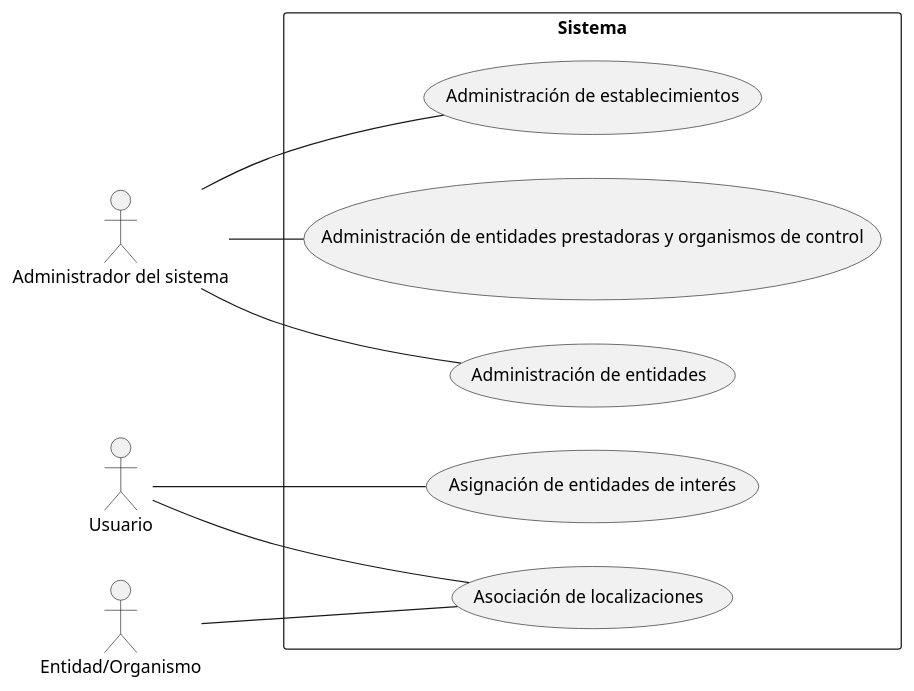
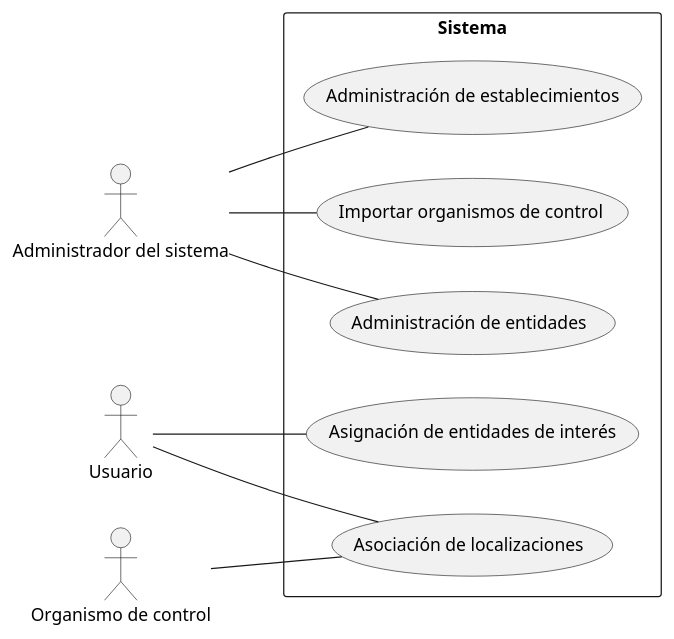
Before and after one commit to ValenAquino/tp-dds-2023: the diagram in docs/entrega-2/cu.puml, drawn with PlantUML. The commit also changed 2 other files, not shown here.

```diff
--- a/docs/entrega-2/cu.puml
+++ b/docs/entrega-2/cu.puml
@@ -1,25 +1,25 @@
-@startuml
+@startuml TPA2-CU
 
 left to right direction
 
 actor "Administrador del sistema" as admin_sistema
 actor "Usuario" as usuario
-actor "Entidad/Organismo" as entidad
+actor "Organismo de control" as organismo_de_control
 
 rectangle "Sistema" as system {
     usecase "Administración de entidades" as admin_entidades
     usecase "Administración de establecimientos" as admin_establecimientos
     usecase "Asignación de entidades de interés" as asignacion_intereses
     usecase "Asociación de localizaciones" as asociacion_localizaciones
     usecase "Asociación de localizaciones" as asociacion_localizaciones
-    usecase "Administración de entidades prestadoras y organismos de control" as admin_entidades_organismos
+    usecase "Importar organismos de control" as admin_organismos
 
-    admin_sistema -- admin_entidades_organismos
+    admin_sistema -- admin_organismos
     admin_sistema -- admin_entidades
     admin_sistema -- admin_establecimientos
     usuario -- asignacion_intereses
     usuario -- asociacion_localizaciones
-    entidad -- asociacion_localizaciones
+    organismo_de_control -- asociacion_localizaciones
 }
 
 @enduml
```
